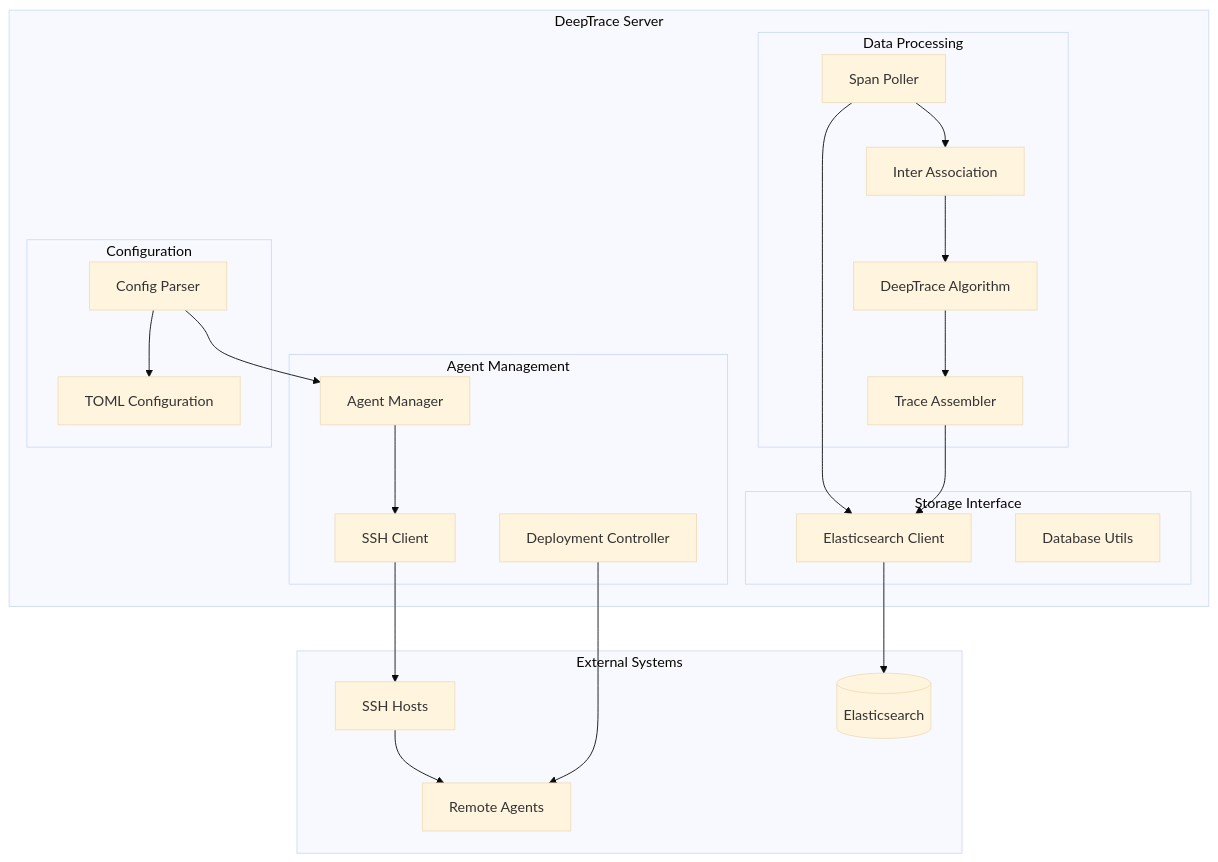
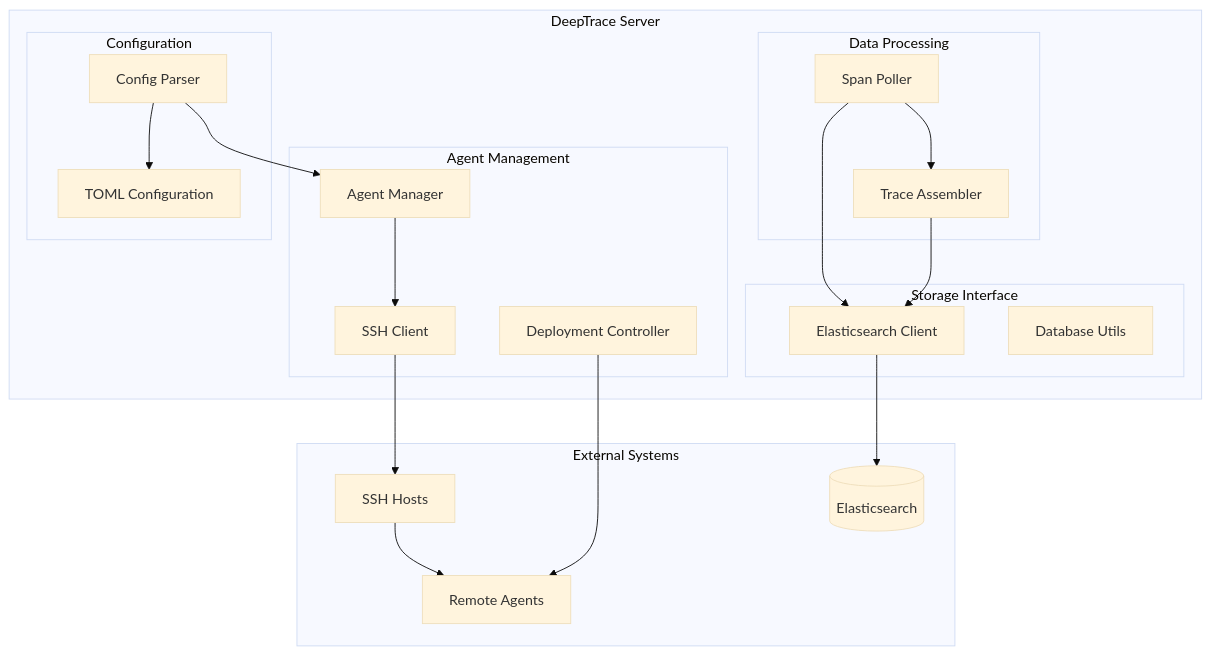
Before and after one commit to DeepShield-AI/DeepTrace: the diagram in docs/src/architecture/server.md, drawn with Mermaid (base theme). The commit also changed other lines of this file and 31 other files, not shown here.

````diff
--- a/docs/src/architecture/server.md
+++ b/docs/src/architecture/server.md
@@ -15,48 +15,44 @@
 ```mermaid
 graph TB
     subgraph "DeepTrace Server"
         subgraph "Agent Management"
             AGENT_MGR[Agent Manager]
             SSH_CLIENT[SSH Client]
             DEPLOY[Deployment Controller]
         end
         
         subgraph "Data Processing"
             SPAN_POLLER[Span Poller]
-            CORRELATOR[Inter Association]
-            DEEPTRACE_ALG[DeepTrace Algorithm]
             ASSEMBLER[Trace Assembler]
         end
         
         subgraph "Storage Interface"
             ES_CLIENT[Elasticsearch Client]
             DB_UTILS[Database Utils]
         end
         
         subgraph "Configuration"
             CONFIG_PARSER[Config Parser]
             TOML_CONFIG[TOML Configuration]
         end
     end
     
     subgraph "External Systems"
         AGENTS[Remote Agents]
         ES[(Elasticsearch)]
         SSH[SSH Hosts]
     end
     
     AGENT_MGR --> SSH_CLIENT
     SSH_CLIENT --> SSH
     SSH --> AGENTS
     DEPLOY --> AGENTS
     
     SPAN_POLLER --> ES_CLIENT
     ES_CLIENT --> ES
-    SPAN_POLLER --> CORRELATOR
-    CORRELATOR --> DEEPTRACE_ALG
-    DEEPTRACE_ALG --> ASSEMBLER
+    SPAN_POLLER --> ASSEMBLER
     ASSEMBLER --> ES_CLIENT
     
     CONFIG_PARSER --> TOML_CONFIG
     CONFIG_PARSER --> AGENT_MGR
 ```
````
